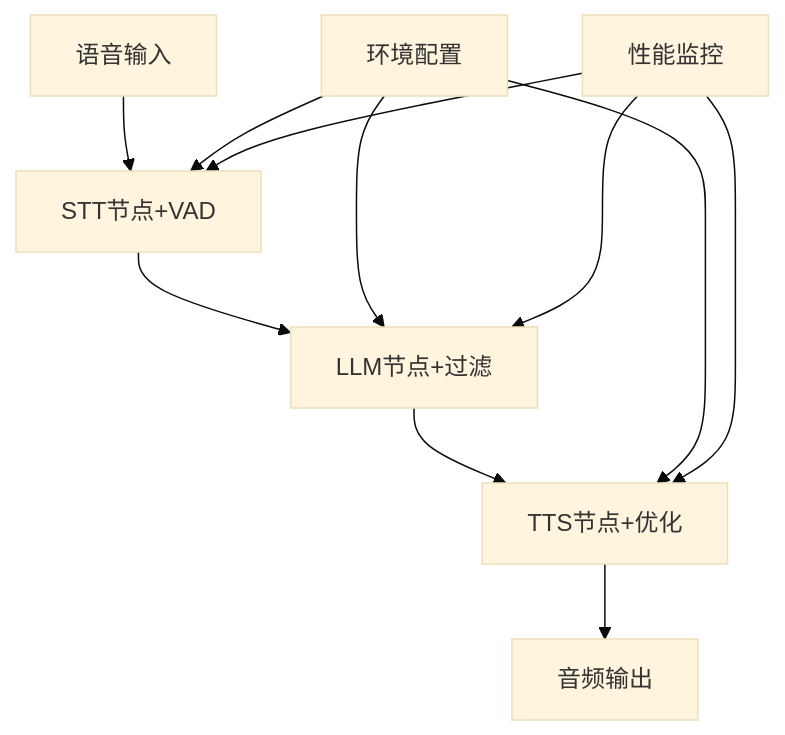
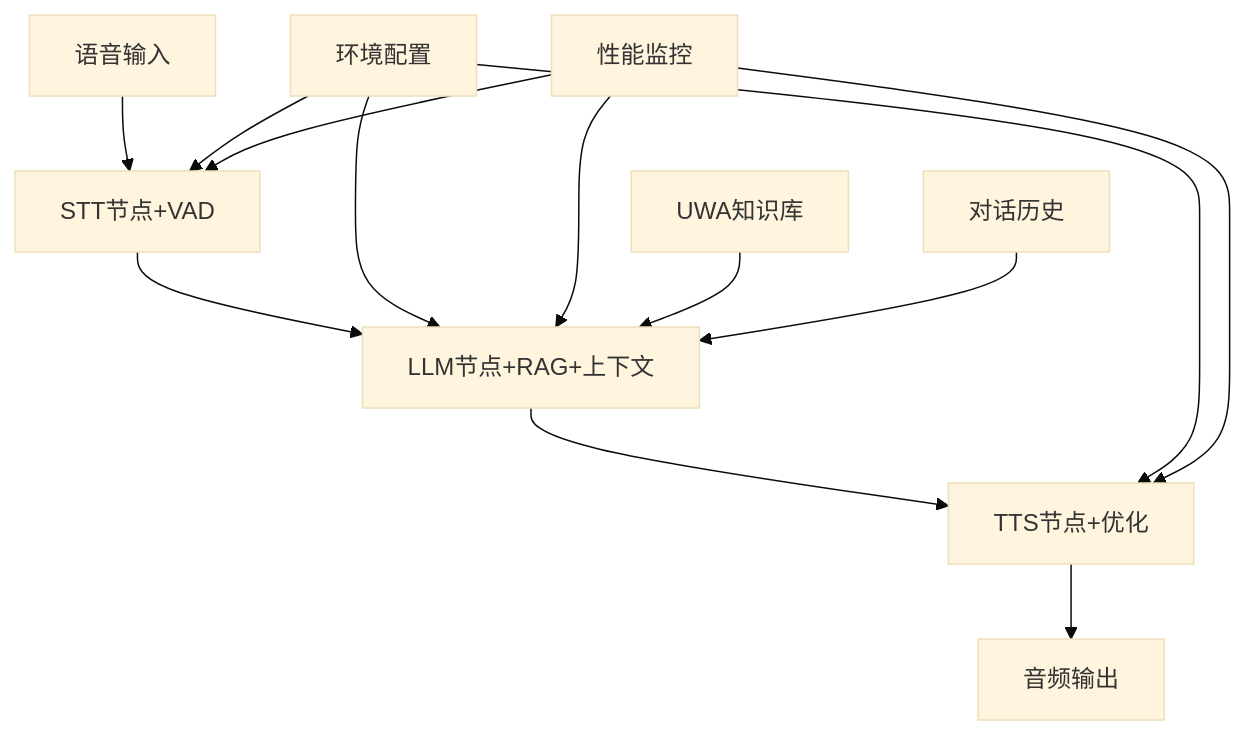
Before and after one commit to zijianc/voice_assisstant: the diagram in PROJECT_SUMMARY.md, drawn with Mermaid (base theme). The commit also changed other lines of this file and 33 other files, not shown here.

````diff
--- a/PROJECT_SUMMARY.md
+++ b/PROJECT_SUMMARY.md
@@ -27,15 +30,18 @@
 ```mermaid
 graph TB
     A[语音输入] --> B[STT节点+VAD]
-    B --> C[LLM节点+过滤]
+    B --> C[LLM节点+RAG+上下文]
     C --> D[TTS节点+优化]
     D --> E[音频输出]
     
     F[环境配置] --> B
     F --> C  
     F --> D
     
     G[性能监控] --> B
     G --> C
     G --> D
+    
+    H[UWA知识库] --> C
+    I[对话历史] --> C
 ```
````
